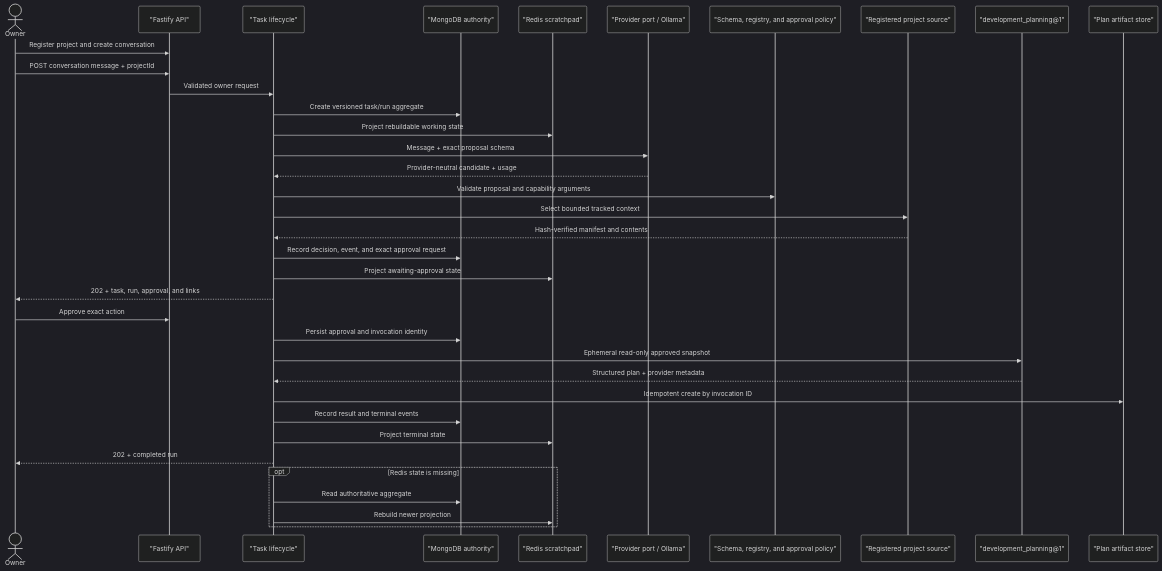
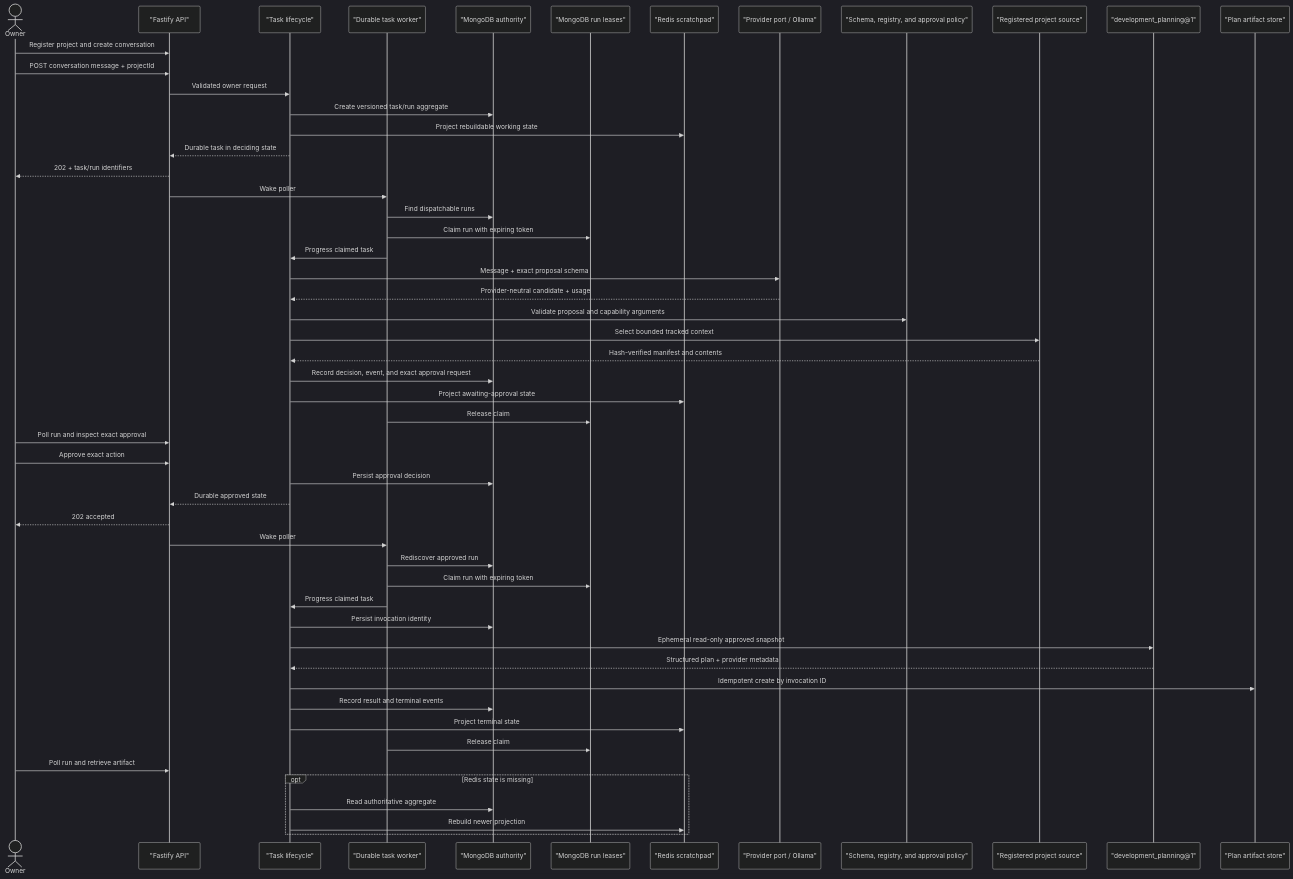
One commit to 4romgod/vera changed the fifth of 6 diagrams in docs/system-architecture.md. Above: the diagram before and after it, drawn with Mermaid (dark theme). The commit also changed other lines of this file and 44 other files, not shown here.

Commit message:
feat(orchestration): add durable worker and owner CLI (#5)

````diff
--- a/docs/system-architecture.md
+++ b/docs/system-architecture.md
@@ -328,39 +328,56 @@
 ```mermaid
 sequenceDiagram
     actor Owner
     participant API as "Fastify API"
     participant Life as "Task lifecycle"
+    participant Worker as "Durable task worker"
     participant Mongo as "MongoDB authority"
+    participant Lease as "MongoDB run leases"
     participant Redis as "Redis scratchpad"
     participant Model as "Provider port / Ollama"
     participant Policy as "Schema, registry, and approval policy"
     participant Source as "Registered project source"
     participant Capability as "development_planning@1"
     participant Artifact as "Plan artifact store"
 
     Owner->>API: Register project and create conversation
     Owner->>API: POST conversation message + projectId
     API->>Life: Validated owner request
     Life->>Mongo: Create versioned task/run aggregate
     Life->>Redis: Project rebuildable working state
+    Life-->>API: Durable task in deciding state
+    API-->>Owner: 202 + task/run identifiers
+    API->>Worker: Wake poller
+    Worker->>Mongo: Find dispatchable runs
+    Worker->>Lease: Claim run with expiring token
+    Worker->>Life: Progress claimed task
     Life->>Model: Message + exact proposal schema
     Model-->>Life: Provider-neutral candidate + usage
     Life->>Policy: Validate proposal and capability arguments
     Life->>Source: Select bounded tracked context
     Source-->>Life: Hash-verified manifest and contents
     Life->>Mongo: Record decision, event, and exact approval request
     Life->>Redis: Project awaiting-approval state
-    Life-->>Owner: 202 + task, run, approval, and links
+    Worker->>Lease: Release claim
+    Owner->>API: Poll run and inspect exact approval
     Owner->>API: Approve exact action
-    Life->>Mongo: Persist approval and invocation identity
+    Life->>Mongo: Persist approval decision
+    Life-->>API: Durable approved state
+    API-->>Owner: 202 accepted
+    API->>Worker: Wake poller
+    Worker->>Mongo: Rediscover approved run
+    Worker->>Lease: Claim run with expiring token
+    Worker->>Life: Progress claimed task
+    Life->>Mongo: Persist invocation identity
     Life->>Capability: Ephemeral read-only approved snapshot
     Capability-->>Life: Structured plan + provider metadata
     Life->>Artifact: Idempotent create by invocation ID
     Life->>Mongo: Record result and terminal events
     Life->>Redis: Project terminal state
-    Life-->>Owner: 202 + completed run
+    Worker->>Lease: Release claim
+    Owner->>API: Poll run and retrieve artifact
     opt Redis state is missing
         Life->>Mongo: Read authoritative aggregate
         Life->>Redis: Rebuild newer projection
     end
 ```
````
